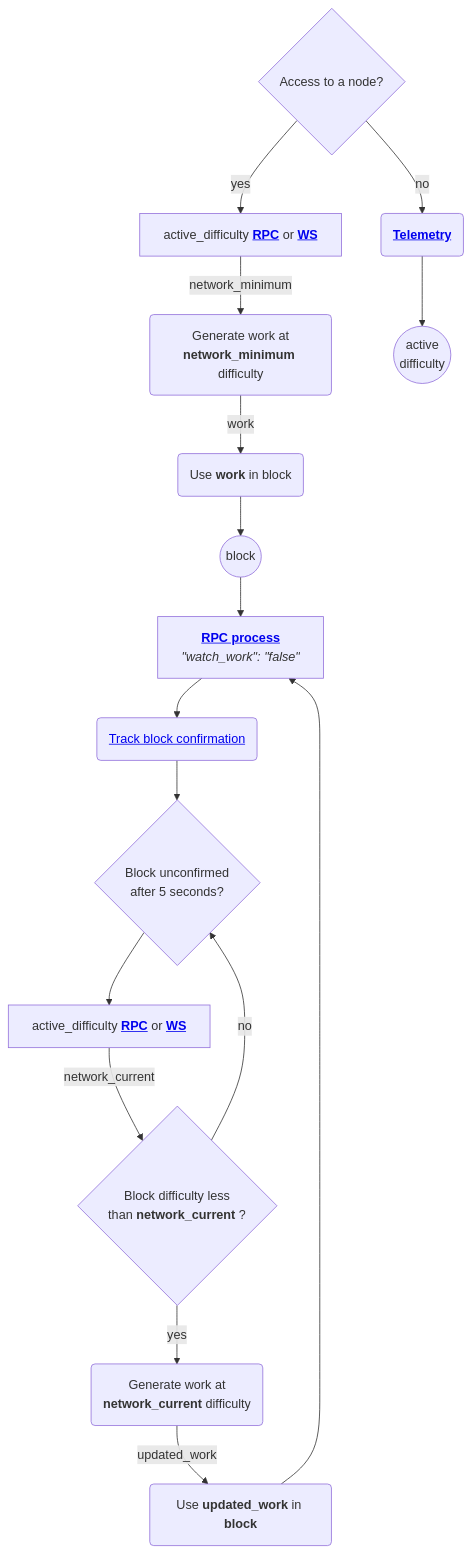
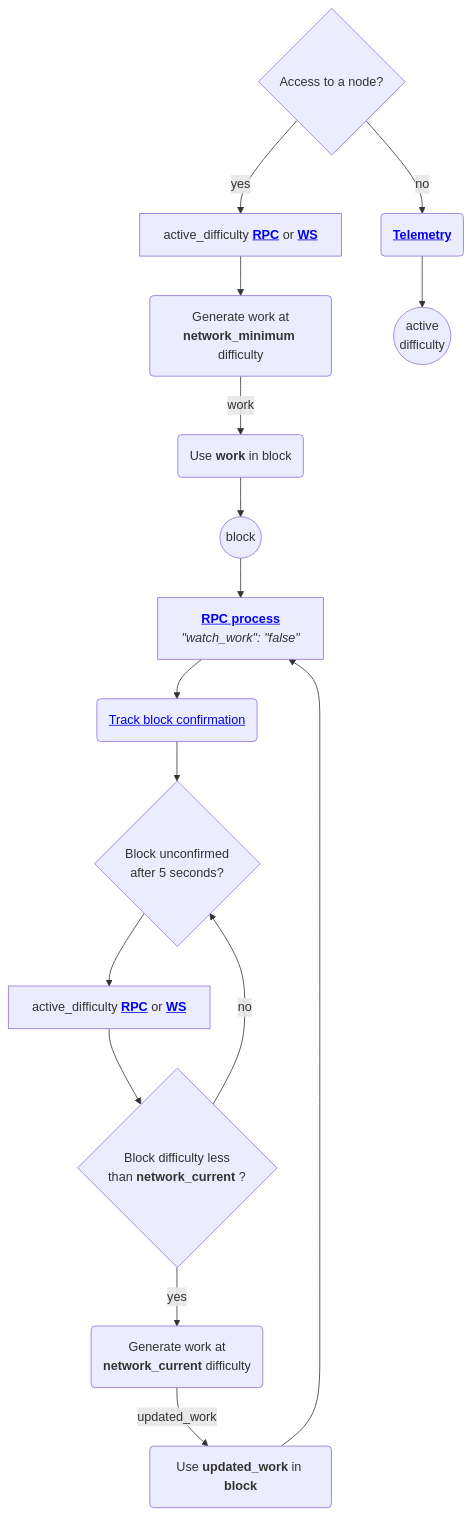
One commit to nanocurrency/nano-docs changed the second of 2 diagrams in docs/integration-guides/work-generation.md. Above: the diagram before and after it, drawn with Mermaid. The commit also changed other lines of this file and 2 other files, not shown here.

First line of the commit message:
network_receive_minimum/current in active_difficulty endpoints (#384)

````diff
--- a/docs/integration-guides/work-generation.md
+++ b/docs/integration-guides/work-generation.md
@@ -90,18 +93,18 @@
 ``` mermaid
 graph TD
     M{Access to a node?} -->|yes| N[active_difficulty <a href='/commands/rpc-protocol/#active_difficulty'><b>RPC</b></a> or <a href='/integration-guides/websockets/#active-difficulty'><b>WS</b></a>]
     M --> |no| O_1(<a href='/protocol-design/networking/#node-telemetry'><b>Telemetry</b></a>)
-    N -->|network_minimum| P_1(Generate work at<br><b>network_minimum</b> difficulty)
+    N -->P_1(Generate work at<br><b>network_minimum</b> difficulty)
     O_1 -->O_2((active<br>difficulty))
     P_1 -->|work| P_2(Use <b>work</b> in block)
     P_2 -->P_3((block))
     P_3 -->P_4[<a href='/commands/rpc-protocol/#process'><b>RPC process</b></a><br><i>&quotwatch_work&quot: &quotfalse&quot</i>]
     P_4 -->P_5(<a href='/integration-guides/block-confirmation-tracking/'>Track block confirmation</a>)
     P_5 -->P_6{Block unconfirmed<br>after 5 seconds?}
     P_6 -->P_7[active_difficulty <a href='/commands/rpc-protocol/#active_difficulty'><b>RPC</b></a> or <a href='/integration-guides/websockets/#active-difficulty'><b>WS</b></a>]
-    P_7 -->|network_current| P_8{Block difficulty less<br>than <b>network_current</b> ?}
+    P_7 -->P_8{Block difficulty less<br>than <b>network_current</b> ?}
     P_8 -->|yes| P_9(Generate work at<br><b>network_current</b> difficulty)
     P_8 -->|no| P_6
     P_9 -->|updated_work| P_10(Use <b>updated_work</b> in <b>block</b>)
     P_10 -->P_4
 ```
````
